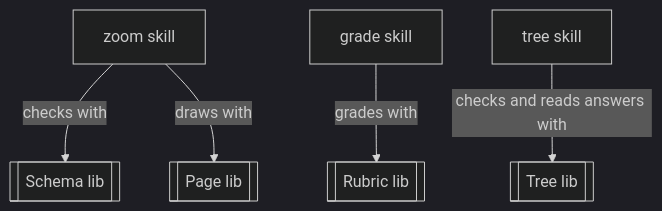
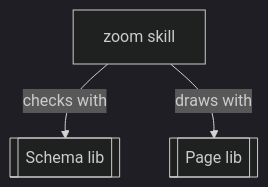
Before and after one commit to kalaluthien/mumu-claude-plugin: the second of 3 diagrams in README.md, drawn with Mermaid (dark theme). The commit also changed other lines of this file and 104 other files, not shown here.

First line of the commit message:
Remove the grade and tree skills (#1388) (change 100)

````diff
--- a/README.md
+++ b/README.md
@@ -80,14 +80,8 @@
 ```mermaid
 flowchart TB
   n_zoom["zoom skill"]
-  n_grade["grade skill"]
   n_schema[["Schema lib"]]
   n_page[["Page lib"]]
-  n_spec[["Rubric lib"]]
-  n_tree["tree skill"]
-  n_plan[["Tree lib"]]
   n_zoom -->|"checks with"| n_schema
   n_zoom -->|"draws with"| n_page
-  n_grade -->|"grades with"| n_spec
-  n_tree -->|"checks and reads answers with"| n_plan
 ```
````
